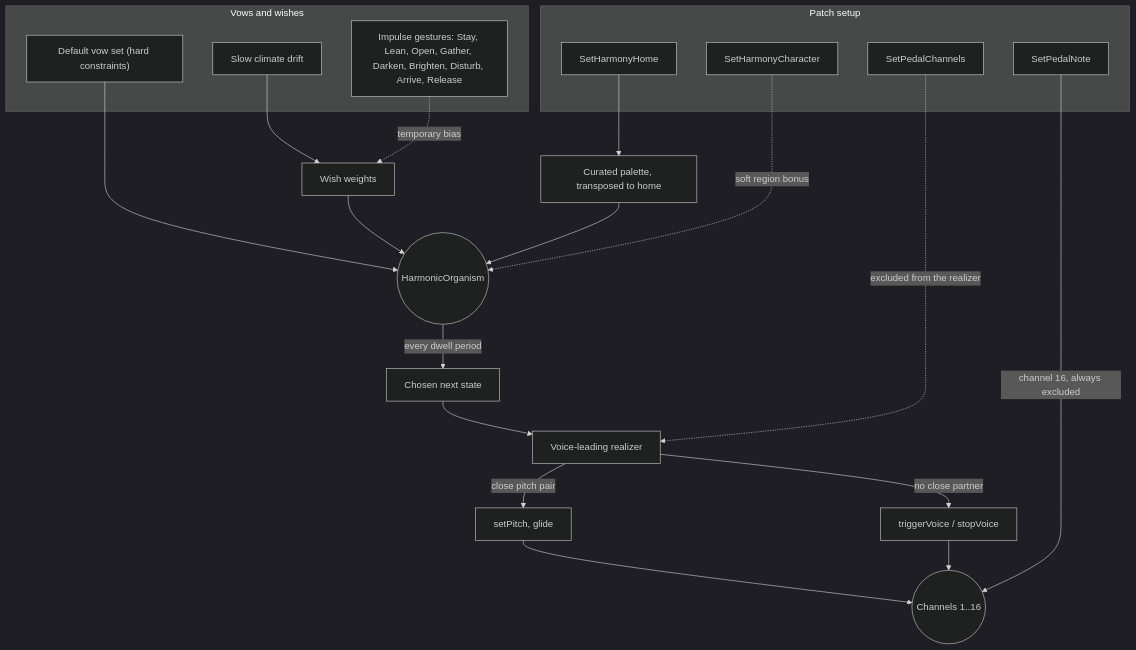
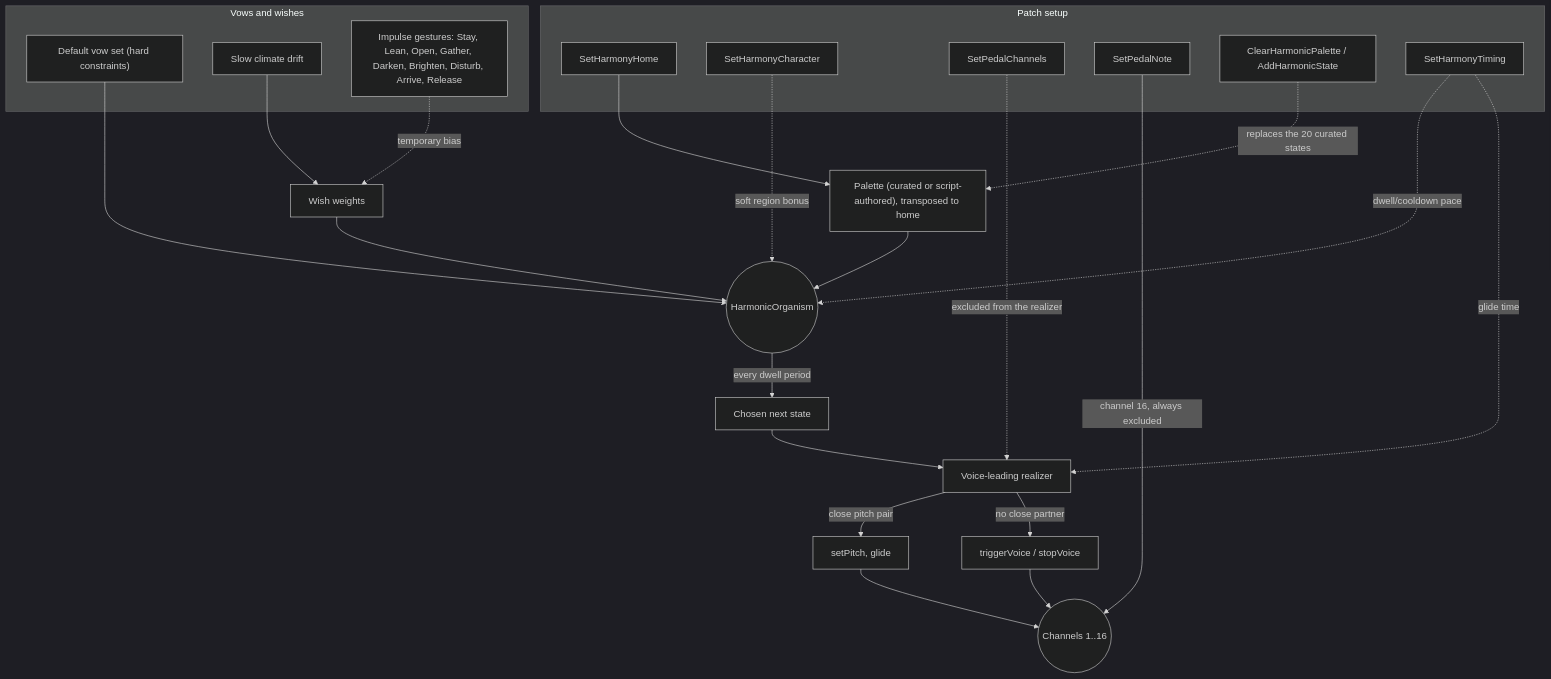
The second of 2 diagrams in examples/ambientpad/README.md (scjurgen/AbacDsp), drawn with Mermaid (dark theme) before and after one commit. The commit also changed other lines of this file and 9 other files, not shown here.

Commit message:
Add scriptable harmonic palettes and tunable transition timing to ambientpad

````diff
--- a/examples/ambientpad/README.md
+++ b/examples/ambientpad/README.md
@@ -115,35 +115,40 @@
 ```mermaid
 flowchart TD
     subgraph SETUP["Patch setup"]
         HOME["SetHarmonyHome"]
         CHAR["SetHarmonyCharacter"]
         PEDALCH["SetPedalChannels"]
         PEDAL["SetPedalNote"]
+        CUSTOM["ClearHarmonicPalette / AddHarmonicState"]
+        TIMING["SetHarmonyTiming"]
     end
 
     subgraph PREF["Vows and wishes"]
         VOWS["Default vow set (hard constraints)"]
         CLIMATE["Slow climate drift"]
         IMPULSES["Impulse gestures: Stay, Lean, Open, Gather, Darken, Brighten, Disturb, Arrive, Release"]
     end
 
     CLIMATE --> WEIGHTS["Wish weights"]
     IMPULSES -.->|temporary bias| WEIGHTS
 
-    HOME --> PALETTE["Curated palette, transposed to home"]
+    HOME --> PALETTE["Palette (curated or script-authored), transposed to home"]
+    CUSTOM -.->|replaces the 20 curated states| PALETTE
     PALETTE --> ORGANISM(("HarmonicOrganism"))
     VOWS --> ORGANISM
     WEIGHTS --> ORGANISM
     CHAR -.->|soft region bonus| ORGANISM
 
     ORGANISM -->|every dwell period| TRANSITION["Chosen next state"]
     TRANSITION --> REALIZER["Voice-leading realizer"]
     PEDALCH -.->|excluded from the realizer| REALIZER
+    TIMING -.->|dwell/cooldown pace| ORGANISM
+    TIMING -.->|glide time| REALIZER
 
     REALIZER -->|close pitch pair| GLIDE["setPitch, glide"]
     REALIZER -->|no close partner| FADE["triggerVoice / stopVoice"]
 
     GLIDE --> VOICES(("Channels 1..16"))
     FADE --> VOICES
     PEDAL -->|channel 16, always excluded| VOICES
 ```
````
